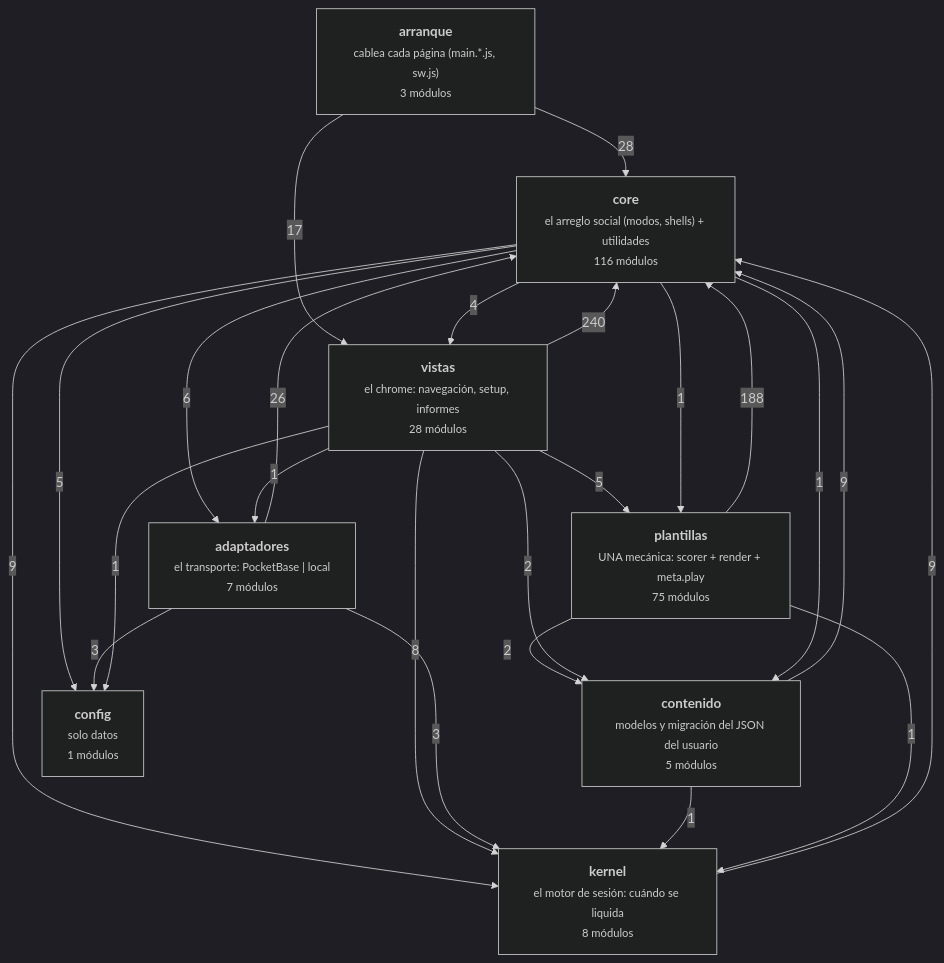
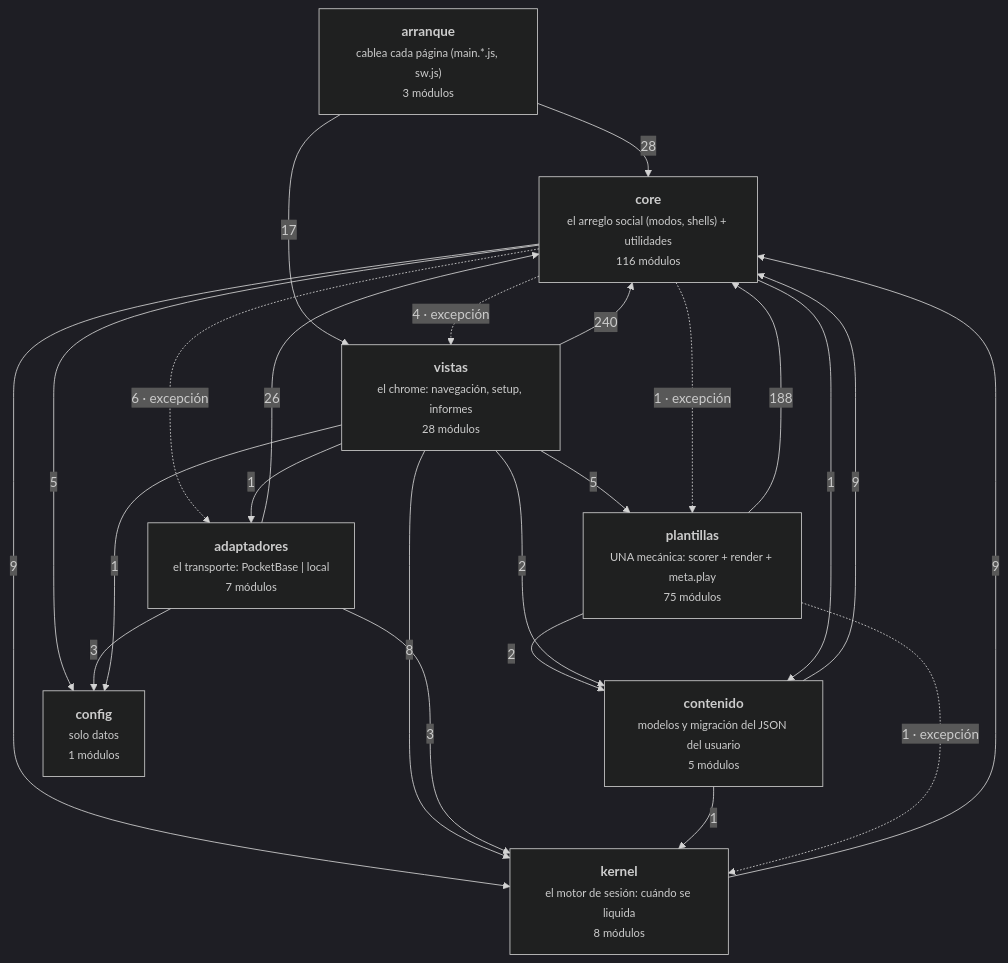
One commit to duecaz/ac changed the diagram in docs/arquitectura-modulos.md. Above: the diagram before and after it, drawn with Mermaid (dark theme). The commit also changed other lines of this file and 5 other files, not shown here.

First line of the commit message:
El diagrama, mejorado: excepciones visibles y mapa de DATOS (v1.51.363)

````diff
--- a/docs/arquitectura-modulos.md
+++ b/docs/arquitectura-modulos.md
@@ -16,34 +16,34 @@
 ```mermaid
 graph TD
   A["<b>arranque</b><br/><small>cablea cada página (main.*.js, sw.js)</small><br/><small>3 módulos</small>"]
   V["<b>vistas</b><br/><small>el chrome: navegación, setup, informes</small><br/><small>28 módulos</small>"]
   AD["<b>adaptadores</b><br/><small>el transporte: PocketBase | local</small><br/><small>7 módulos</small>"]
   C["<b>core</b><br/><small>el arreglo social (modos, shells) + utilidades</small><br/><small>116 módulos</small>"]
   K["<b>kernel</b><br/><small>el motor de sesión: cuándo se liquida</small><br/><small>8 módulos</small>"]
   T["<b>plantillas</b><br/><small>UNA mecánica: scorer + render + meta.play</small><br/><small>75 módulos</small>"]
   CO["<b>contenido</b><br/><small>modelos y migración del JSON del usuario</small><br/><small>5 módulos</small>"]
   CF["<b>config</b><br/><small>solo datos</small><br/><small>1 módulos</small>"]
   V -->|240| C
   T -->|188| C
   A -->|28| C
   AD -->|26| C
   A -->|17| V
   C -->|9| K
   CO -->|9| C
   K -->|9| C
   V -->|8| K
-  C -->|6| AD
+  C -.->|6 · excepción| AD
   C -->|5| CF
   V -->|5| T
-  C -->|4| V
+  C -.->|4 · excepción| V
   AD -->|3| CF
   AD -->|3| K
   T -->|2| CO
   V -->|2| CO
-  C -->|1| T
+  C -.->|1 · excepción| T
   C -->|1| CO
   CO -->|1| K
-  T -->|1| K
+  T -.->|1 · excepción| K
   V -->|1| AD
   V -->|1| CF
 ```
````
